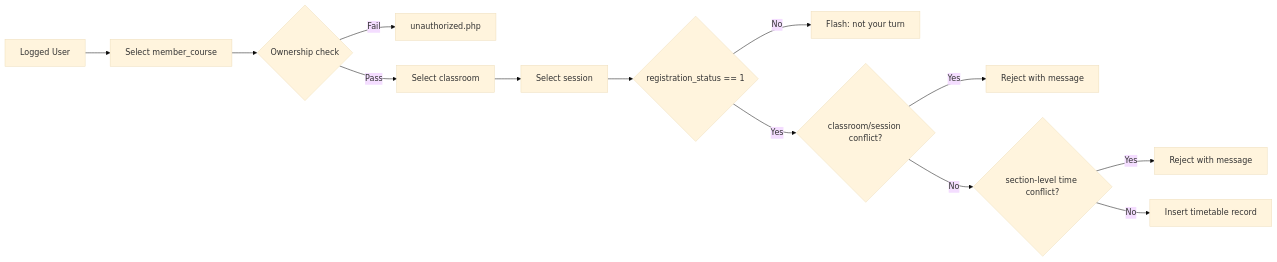
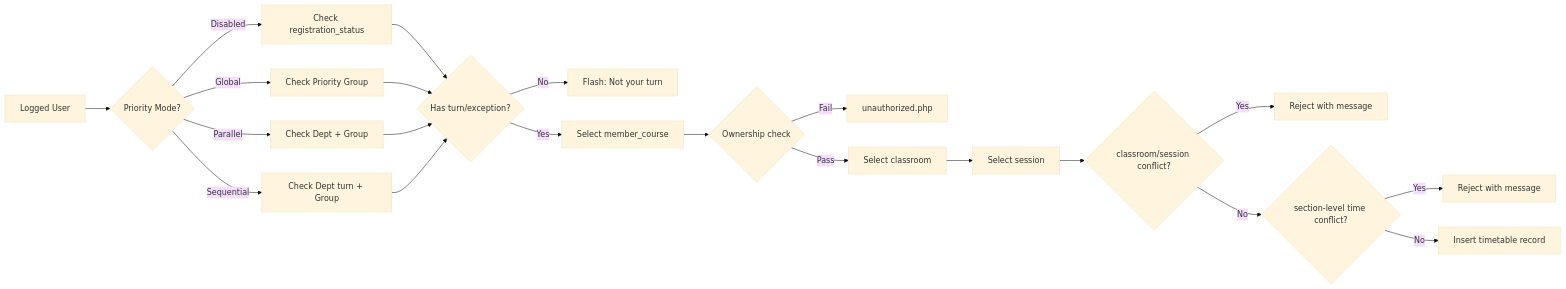
The second of 3 diagrams in docs/site-blueprint-ar.md (alishaqrany/faculty-timetable), drawn with Mermaid (base theme) before and after one commit. The commit also changed other lines of this file and 2 other files, not shown here.

Commit message:
feat(priority): Introduce advanced priority management system with modes, categories, and exceptions

````diff
--- a/docs/site-blueprint-ar.md
+++ b/docs/site-blueprint-ar.md
@@ -30,15 +30,23 @@
 ```mermaid
 flowchart LR
-    U[Logged User] --> MC[Select member_course]
+    U[Logged User] --> P{Priority Mode?}
+    P -->|Disabled| R1[Check registration_status]
+    P -->|Global| R2[Check Priority Group]
+    P -->|Parallel| R3[Check Dept + Group]
+    P -->|Sequential| R4[Check Dept turn + Group]
+    
+    R1 & R2 & R3 & R4 --> V0{Has turn/exception?}
+    V0 -->|No| X0[Flash: Not your turn]
+    V0 -->|Yes| MC[Select member_course]
+    
     MC --> V1{Ownership check}
     V1 -->|Fail| X1[unauthorized.php]
     V1 -->|Pass| CL[Select classroom]
     CL --> SS[Select session]
-    SS --> V2{registration_status == 1}
-    V2 -->|No| X2[Flash: not your turn]
-    V2 -->|Yes| V3{classroom/session conflict?}
+    
+    SS --> V3{classroom/session conflict?}
     V3 -->|Yes| X3[Reject with message]
     V3 -->|No| V4{section-level time conflict?}
     V4 -->|Yes| X4[Reject with message]
     V4 -->|No| OK[Insert timetable record]
 ```
````
